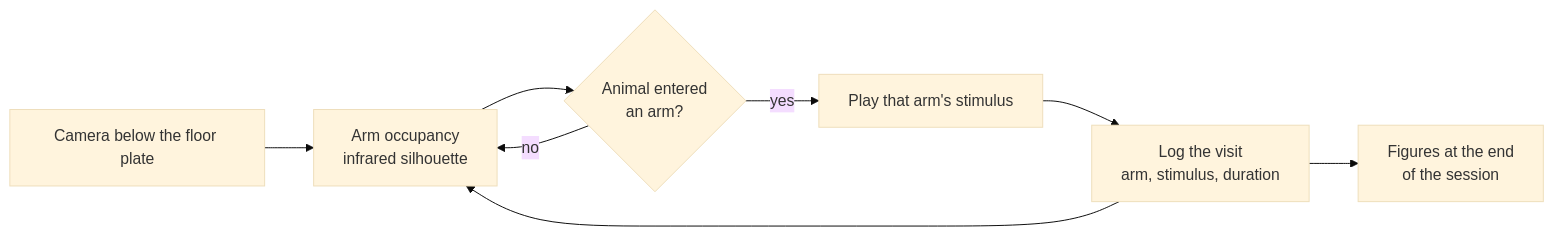
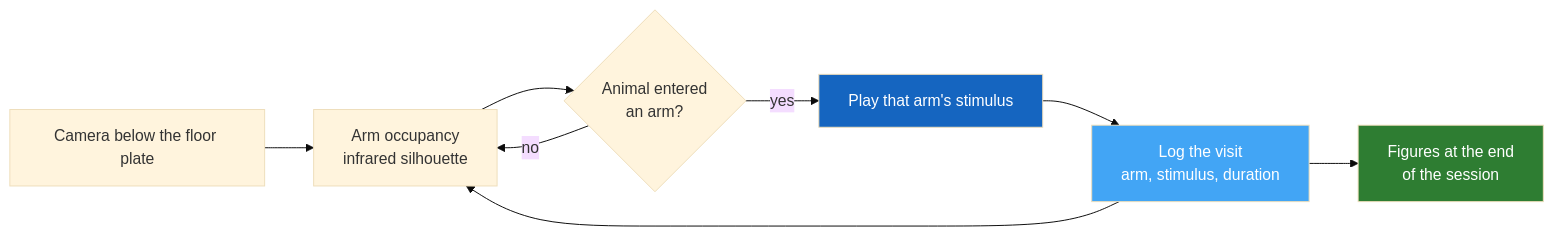
Before and after one commit to MaravallLab/aMAZEing-maze: the first of 2 diagrams in docs/index.md, drawn with Mermaid (base theme). The commit also changed other lines of this file and 2 other files, not shown here.

````diff
--- a/docs/index.md
+++ b/docs/index.md
@@ -49,10 +49,14 @@
 ```mermaid
 flowchart LR
     A[Camera below the floor plate] --> B[Arm occupancy<br/>infrared silhouette]
     B --> C{Animal entered<br/>an arm?}
     C -- yes --> D[Play that arm's stimulus]
     C -- no --> B
     D --> E[Log the visit<br/>arm, stimulus, duration]
     E --> B
     E --> F[Figures at the end<br/>of the session]
+
+    style D fill:#1565C0,color:#fff
+    style E fill:#42A5F5,color:#fff
+    style F fill:#2E7D32,color:#fff
 ```
````
